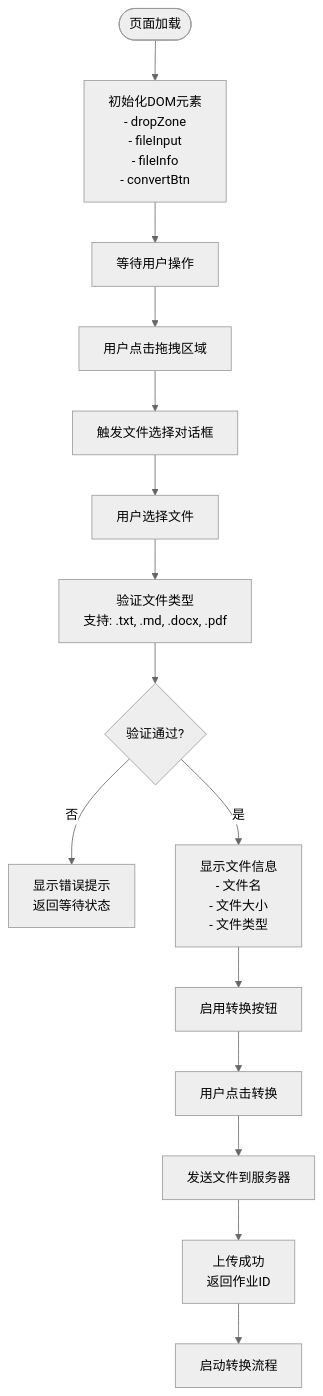
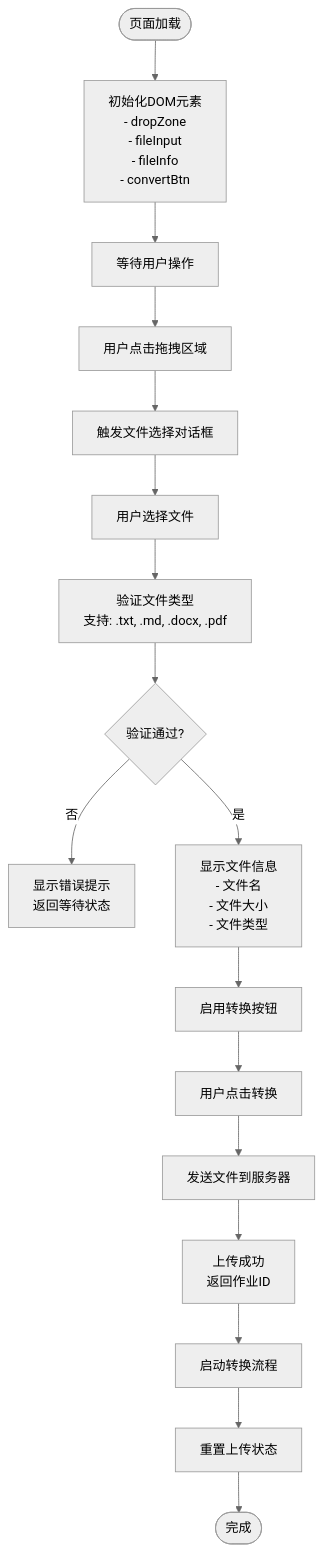
Before and after one commit to tjujingzong/Novel-to-Screenplay: the third of 13 diagrams in .qoder/repowiki/zh/content/前端界面/JavaScript交互逻辑.md, drawn with Mermaid (neutral theme). The commit also changed other lines of this file and 6 other files, not shown here.

````diff
--- a/.qoder/repowiki/zh/content/前端界面/JavaScript交互逻辑.md
+++ b/.qoder/repowiki/zh/content/前端界面/JavaScript交互逻辑.md
@@ -148,17 +184,19 @@
 ```mermaid
 flowchart TD
 Start([页面加载]) --> Init["初始化DOM元素<br/>- dropZone<br/>- fileInput<br/>- fileInfo<br/>- convertBtn"]
 Init --> Ready["等待用户操作"]
 Ready --> Click["用户点击拖拽区域"]
 Click --> Browse["触发文件选择对话框"]
 Browse --> Select["用户选择文件"]
 Select --> Validate["验证文件类型<br/>支持: .txt, .md, .docx, .pdf"]
 Validate --> Valid{"验证通过?"}
 Valid --> |否| Alert["显示错误提示<br/>返回等待状态"]
 Valid --> |是| Display["显示文件信息<br/>- 文件名<br/>- 文件大小<br/>- 文件类型"]
 Display --> Enable["启用转换按钮"]
 Enable --> Upload["用户点击转换"]
 Upload --> UploadFile["发送文件到服务器"]
 UploadFile --> Success["上传成功<br/>返回作业ID"]
 Success --> StartConvert["启动转换流程"]
+StartConvert --> ResetState["重置上传状态"]
+ResetState --> Complete([完成])
 ```
````
